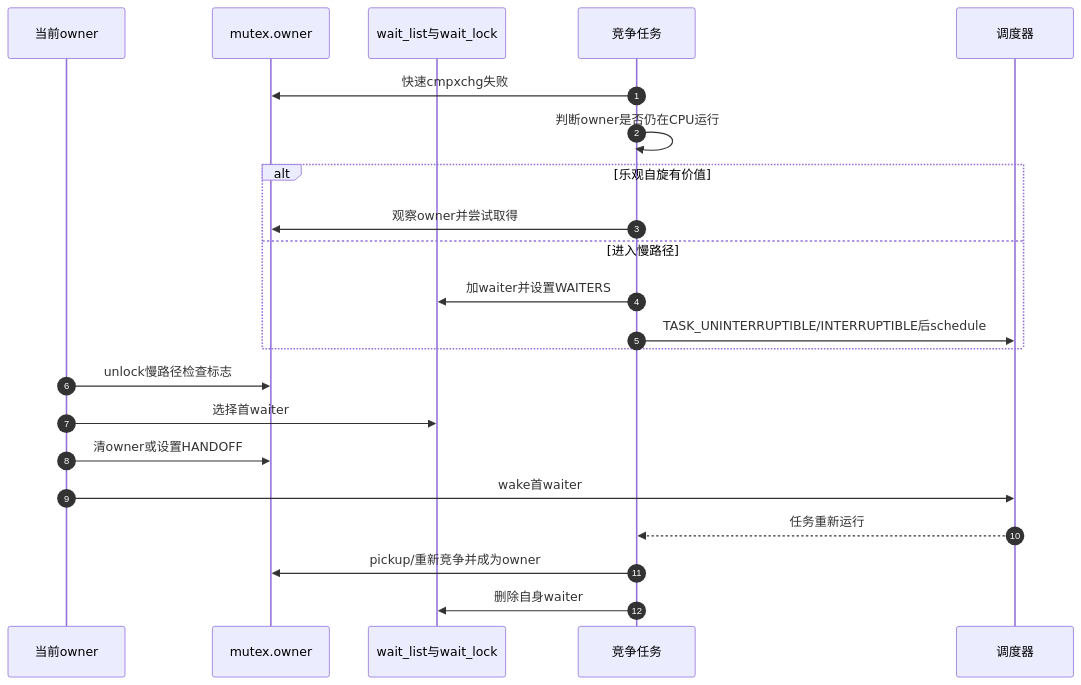
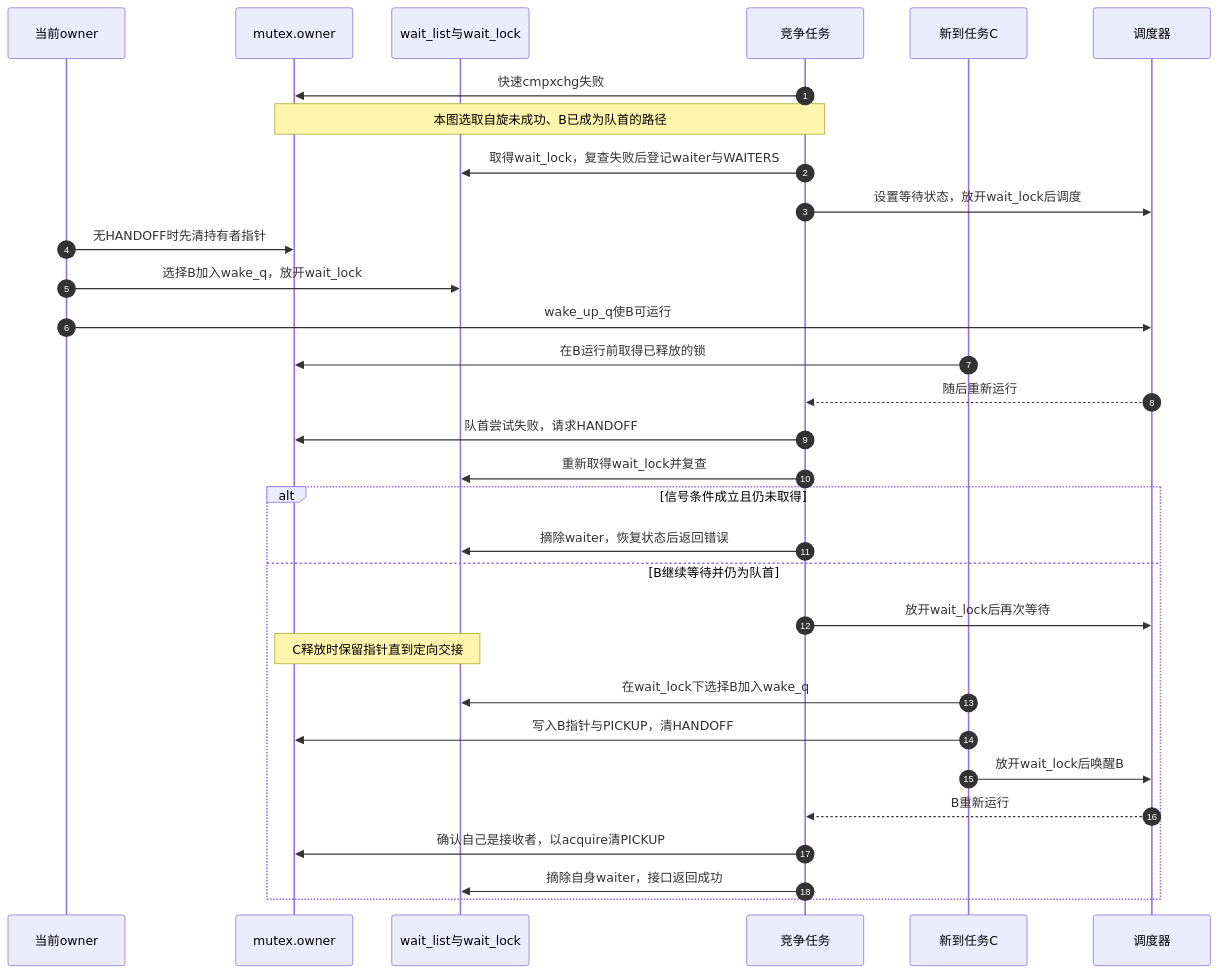
The second of 2 diagrams in knowledge/linux/synchronization_and_asynchrony/synchronization/locks/P05_mutex慢路径与所有权交接.md (FormingSystem/linux_note), drawn with Mermaid before and after one commit. The commit also changed other lines of this file and 5 other files, not shown here.

````diff
--- a/knowledge/linux/synchronization_and_asynchrony/synchronization/locks/P05_mutex慢路径与所有权交接.md
+++ b/knowledge/linux/synchronization_and_asynchrony/synchronization/locks/P05_mutex慢路径与所有权交接.md
@@ -48,25 +67,34 @@
 ```mermaid
 sequenceDiagram
     autonumber
     participant A as 当前owner
     participant M as mutex.owner
     participant Q as wait_list与wait_lock
     participant B as 竞争任务
+    participant C as 新到任务C
     participant S as 调度器
 
     B->>M: 快速cmpxchg失败
-    B->>B: 判断owner是否仍在CPU运行
-    alt 乐观自旋有价值
-        B->>M: 观察owner并尝试取得
-    else 进入慢路径
-        B->>Q: 加waiter并设置WAITERS
-        B->>S: TASK_UNINTERRUPTIBLE/INTERRUPTIBLE后schedule
+    Note over B,M: 本图选取自旋未成功、B已成为队首的路径
+    B->>Q: 取得wait_lock，复查失败后登记waiter与WAITERS
+    B->>S: 设置等待状态，放开wait_lock后调度
+    A->>M: 无HANDOFF时先清持有者指针
+    A->>Q: 选择B加入wake_q，放开wait_lock
+    A->>S: wake_up_q使B可运行
+    C->>M: 在B运行前取得已释放的锁
+    S-->>B: 随后重新运行
+    B->>M: 队首尝试失败，请求HANDOFF
+    B->>Q: 重新取得wait_lock并复查
+    alt 信号条件成立且仍未取得
+        B->>Q: 摘除waiter，恢复状态后返回错误
+    else B继续等待并仍为队首
+        B->>S: 放开wait_lock后再次等待
+        Note over M,Q: C释放时保留指针直到定向交接
+        C->>Q: 在wait_lock下选择B加入wake_q
+        C->>M: 写入B指针与PICKUP，清HANDOFF
+        C->>S: 放开wait_lock后唤醒B
+        S-->>B: B重新运行
+        B->>M: 确认自己是接收者，以acquire清PICKUP
+        B->>Q: 摘除自身waiter，接口返回成功
     end
-    A->>M: unlock慢路径检查标志
-    A->>Q: 选择首waiter
-    A->>M: 清owner或设置HANDOFF
-    A->>S: wake首waiter
-    S-->>B: 任务重新运行
-    B->>M: pickup/重新竞争并成为owner
-    B->>Q: 删除自身waiter
 ```
````
